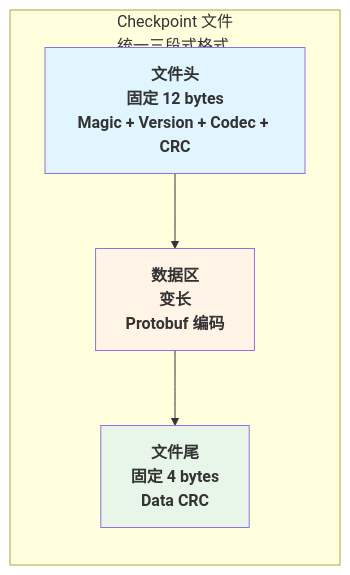
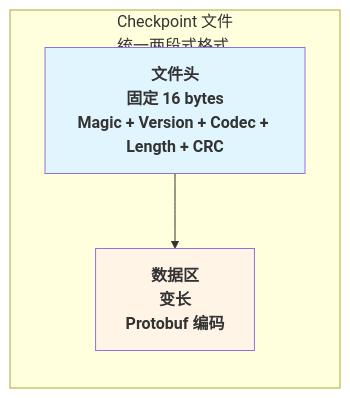
Before and after one commit to jzhang405/NexKV: the second of 8 diagrams in docs/06_project_management/pr_documents/feature/2026-01-19_PR-003_WAL_Checkpoint_机制实现_Pre.md, drawn with Mermaid. The commit also changed other lines of this file, not shown here.

First line of the commit message:
docs(pr-003): 更新所有图表为两段式格式

````diff
--- a/docs/06_project_management/pr_documents/feature/2026-01-19_PR-003_WAL_Checkpoint_机制实现_Pre.md
+++ b/docs/06_project_management/pr_documents/feature/2026-01-19_PR-003_WAL_Checkpoint_机制实现_Pre.md
@@ -190,15 +190,13 @@
 ```mermaid
 flowchart LR
-    subgraph File["Checkpoint 文件<br/>统一三段式格式"]
+    subgraph File["Checkpoint 文件<br/>统一两段式格式"]
         direction TB
-        H["<b>文件头<br/>固定 12 bytes<br/>Magic + Version + Codec + CRC"]
+        H["<b>文件头<br/>固定 16 bytes<br/>Magic + Version + Codec + Length + CRC"]
         D["<b>数据区<br/>变长<br/>Protobuf 编码"]
-        T["<b>文件尾<br/>固定 4 bytes<br/>Data CRC"]
 
-        H --> D --> T
+        H --> D
     end
 
     style H fill:#e1f5ff
     style D fill:#fff4e6
-    style T fill:#e8f5e9
 ```
````
